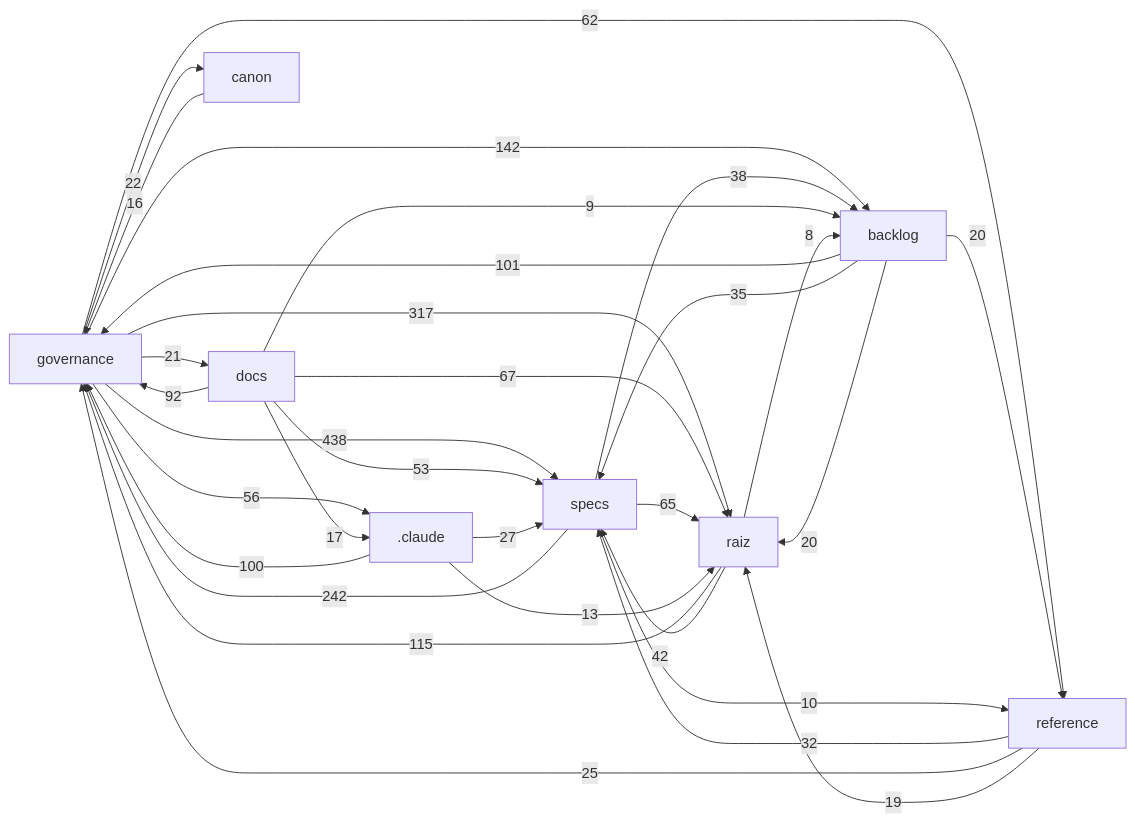
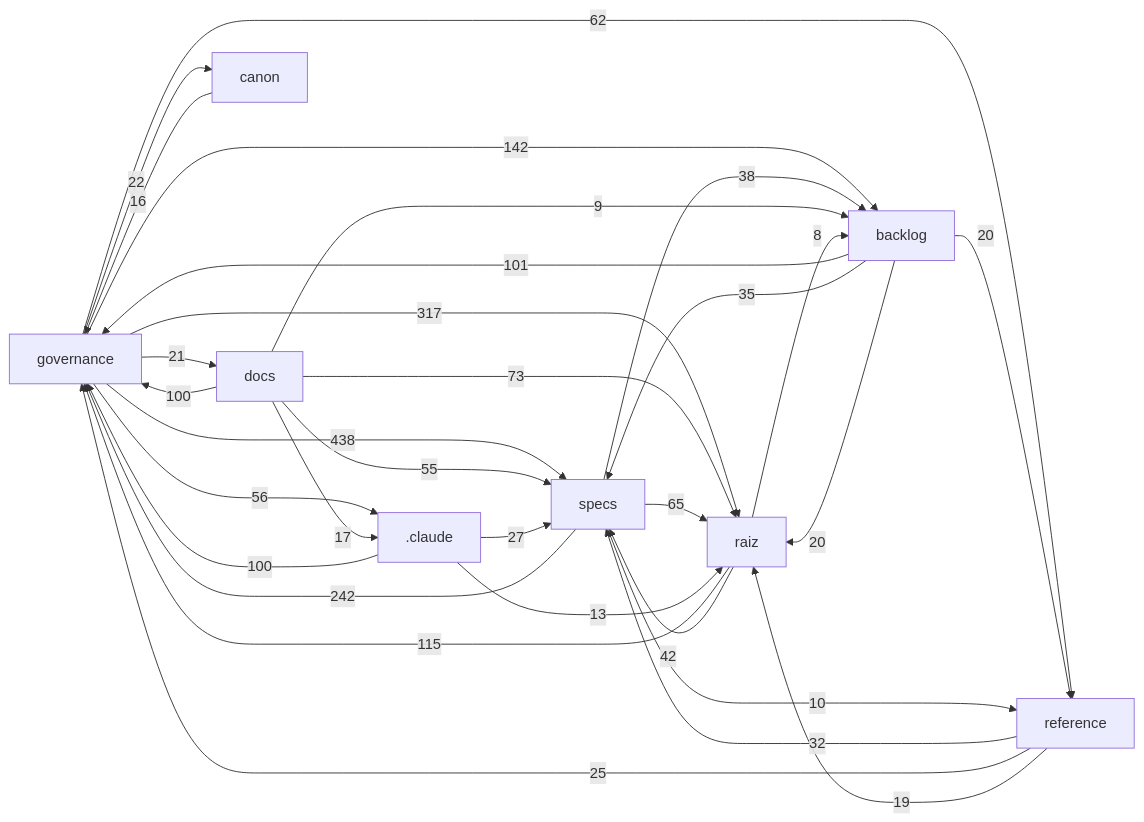
One commit to Andraus35/Sistema-Operacional-de-Trading--SOT changed the diagram in docs/mapa/MAPA-PROJETO.md. Above: the diagram before and after it, drawn with Mermaid. The commit also changed other lines of this file and 4 other files, not shown here.

````diff
--- a/docs/mapa/MAPA-PROJETO.md
+++ b/docs/mapa/MAPA-PROJETO.md
@@ -29,33 +29,33 @@
 ```mermaid
 flowchart LR
   governance["governance"] -->|438| specs["specs"]
   governance["governance"] -->|317| raiz["raiz"]
   specs["specs"] -->|242| governance["governance"]
   governance["governance"] -->|142| backlog["backlog"]
   raiz["raiz"] -->|115| governance["governance"]
   backlog["backlog"] -->|101| governance["governance"]
   _claude[".claude"] -->|100| governance["governance"]
-  docs["docs"] -->|92| governance["governance"]
-  docs["docs"] -->|67| raiz["raiz"]
+  docs["docs"] -->|100| governance["governance"]
+  docs["docs"] -->|73| raiz["raiz"]
   specs["specs"] -->|65| raiz["raiz"]
   governance["governance"] -->|62| reference["reference"]
   governance["governance"] -->|56| _claude[".claude"]
-  docs["docs"] -->|53| specs["specs"]
+  docs["docs"] -->|55| specs["specs"]
   raiz["raiz"] -->|42| specs["specs"]
   specs["specs"] -->|38| backlog["backlog"]
   backlog["backlog"] -->|35| specs["specs"]
   reference["reference"] -->|32| specs["specs"]
   _claude[".claude"] -->|27| specs["specs"]
   reference["reference"] -->|25| governance["governance"]
   governance["governance"] -->|22| canon["canon"]
   governance["governance"] -->|21| docs["docs"]
   backlog["backlog"] -->|20| raiz["raiz"]
   backlog["backlog"] -->|20| reference["reference"]
   reference["reference"] -->|19| raiz["raiz"]
   docs["docs"] -->|17| _claude[".claude"]
   canon["canon"] -->|16| governance["governance"]
   _claude[".claude"] -->|13| raiz["raiz"]
   specs["specs"] -->|10| reference["reference"]
   docs["docs"] -->|9| backlog["backlog"]
   raiz["raiz"] -->|8| backlog["backlog"]
 ```
````
